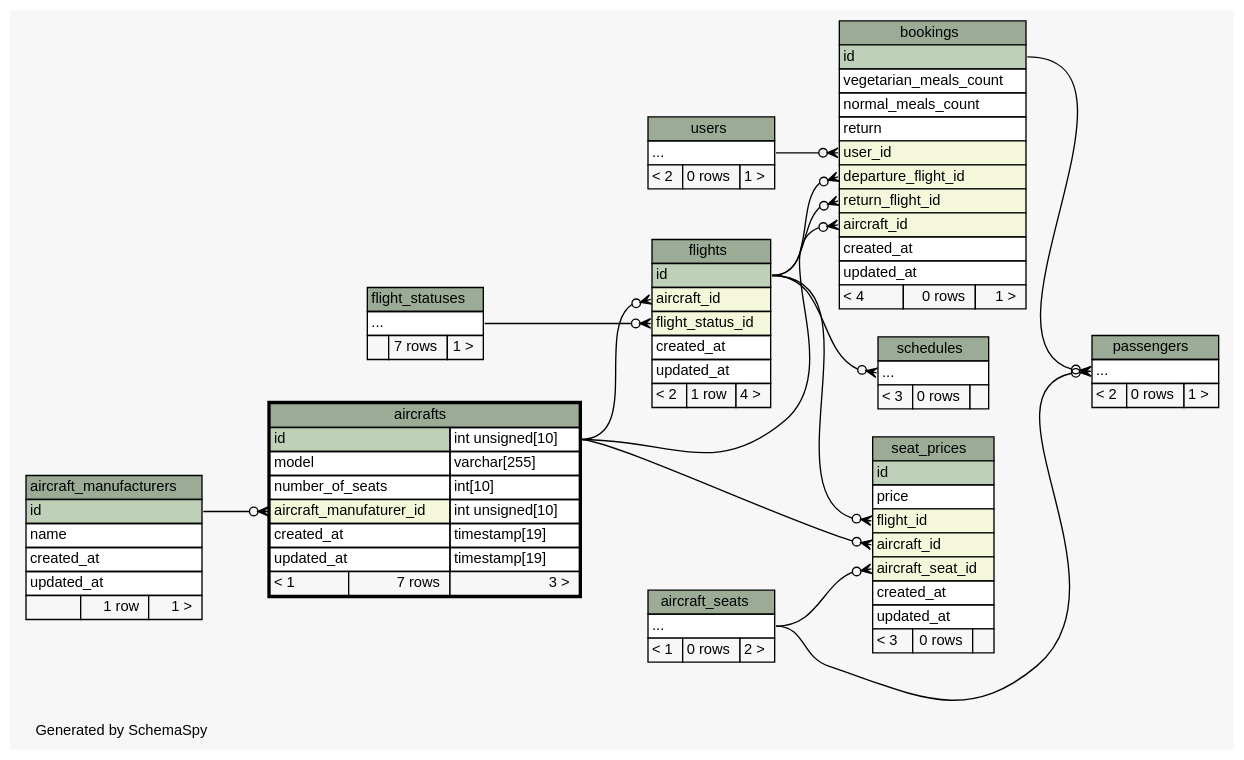
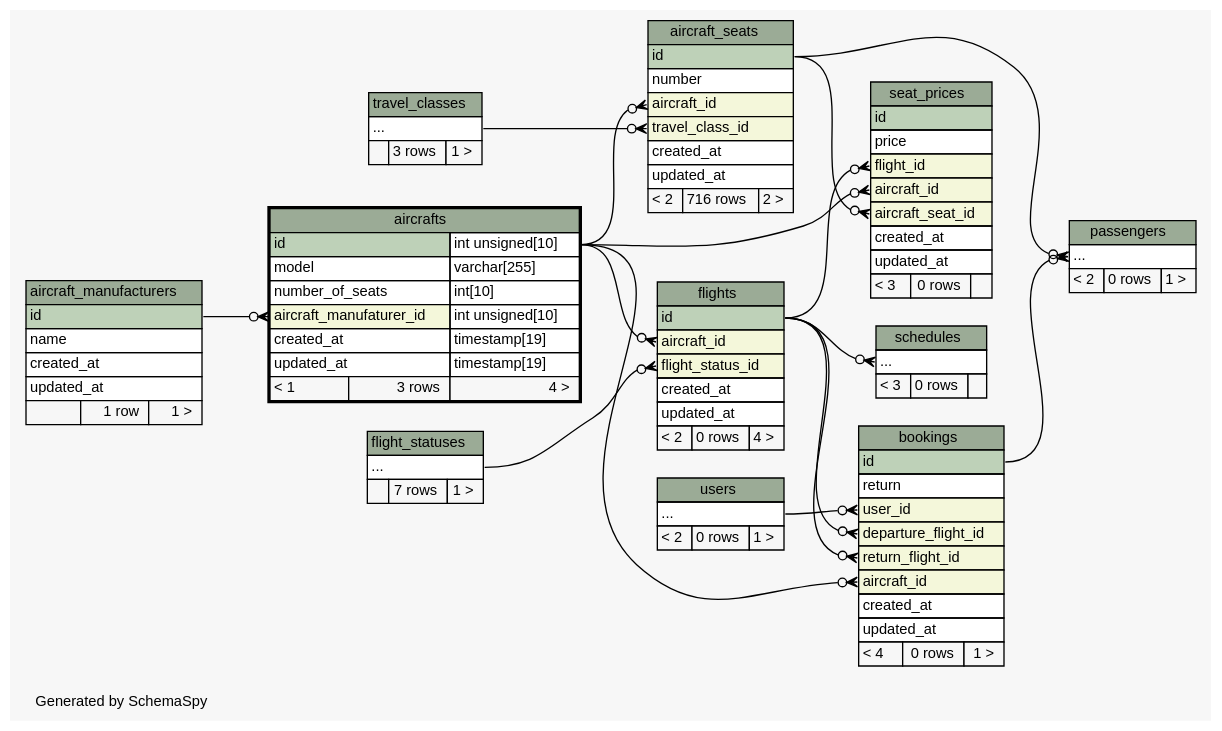
Before and after one commit to joaonzangoII/flightbookingsystem: the diagram in web/app/database/schema/diagrams/aircrafts.2degrees.dot, drawn with Graphviz. The commit also changed 149 other files, not shown here.

```diff
--- a/web/app/database/schema/diagrams/aircrafts.2degrees.dot
+++ b/web/app/database/schema/diagrams/aircrafts.2degrees.dot
@@ -1,162 +1,177 @@
 // dot 2.38.0 on Linux 4.8.0-46-generic
 // SchemaSpy rev 590
 digraph "twoDegreesRelationshipsDiagram" {
   graph [
     rankdir="RL"
     bgcolor="#f7f7f7"
     label="\nGenerated by SchemaSpy"
     labeljust="l"
     nodesep="0.18"
     ranksep="0.46"
     fontname="Helvetica"
     fontsize="11"
   ];
   node [
     fontname="Helvetica"
     fontsize="11"
     shape="plaintext"
   ];
   edge [
     arrowsize="0.8"
   ];
+  "aircraft_seats":"aircraft_id":w -> "aircrafts":"id.type":e [arrowhead=none dir=back arrowtail=crowodot];
+  "aircraft_seats":"travel_class_id":w -> "travel_classes":"elipses":e [arrowhead=none dir=back arrowtail=crowodot];
   "aircrafts":"aircraft_manufaturer_id":w -> "aircraft_manufacturers":"id":e [arrowhead=none dir=back arrowtail=crowodot];
   "bookings":"aircraft_id":w -> "aircrafts":"id.type":e [arrowhead=none dir=back arrowtail=crowodot];
   "bookings":"departure_flight_id":w -> "flights":"id":e [arrowhead=none dir=back arrowtail=crowodot];
   "bookings":"return_flight_id":w -> "flights":"id":e [arrowhead=none dir=back arrowtail=crowodot];
   "bookings":"user_id":w -> "users":"elipses":e [arrowhead=none dir=back arrowtail=crowodot];
   "flights":"aircraft_id":w -> "aircrafts":"id.type":e [arrowhead=none dir=back arrowtail=crowodot];
   "flights":"flight_status_id":w -> "flight_statuses":"elipses":e [arrowhead=none dir=back arrowtail=crowodot];
-  "passengers":"elipses":w -> "aircraft_seats":"elipses":e [arrowhead=none dir=back arrowtail=crowodot];
+  "passengers":"elipses":w -> "aircraft_seats":"id":e [arrowhead=none dir=back arrowtail=crowodot];
   "passengers":"elipses":w -> "bookings":"id":e [arrowhead=none dir=back arrowtail=crowodot];
   "schedules":"elipses":w -> "flights":"id":e [arrowhead=none dir=back arrowtail=crowodot];
   "seat_prices":"aircraft_id":w -> "aircrafts":"id.type":e [arrowhead=none dir=back arrowtail=crowodot];
-  "seat_prices":"aircraft_seat_id":w -> "aircraft_seats":"elipses":e [arrowhead=none dir=back arrowtail=crowodot];
+  "seat_prices":"aircraft_seat_id":w -> "aircraft_seats":"id":e [arrowhead=none dir=back arrowtail=crowodot];
   "seat_prices":"flight_id":w -> "flights":"id":e [arrowhead=none dir=back arrowtail=crowodot];
   "aircraft_manufacturers" [
     label=<
     <TABLE BORDER="0" CELLBORDER="1" CELLSPACING="0" BGCOLOR="#ffffff">
       <TR><TD COLSPAN="3" BGCOLOR="#9bab96" ALIGN="CENTER">aircraft_manufacturers</TD></TR>
       <TR><TD PORT="id" COLSPAN="3" BGCOLOR="#bed1b8" ALIGN="LEFT">id</TD></TR>
       <TR><TD PORT="name" COLSPAN="3" ALIGN="LEFT">name</TD></TR>
       <TR><TD PORT="created_at" COLSPAN="3" ALIGN="LEFT">created_at</TD></TR>
       <TR><TD PORT="updated_at" COLSPAN="3" ALIGN="LEFT">updated_at</TD></TR>
       <TR><TD ALIGN="LEFT" BGCOLOR="#f7f7f7">  </TD><TD ALIGN="RIGHT" BGCOLOR="#f7f7f7">1 row</TD><TD ALIGN="RIGHT" BGCOLOR="#f7f7f7">1 &gt;</TD></TR>
     </TABLE>>
     URL="aircraft_manufacturers.html"
     tooltip="aircraft_manufacturers"
   ];
   "aircraft_seats" [
     label=<
     <TABLE BORDER="0" CELLBORDER="1" CELLSPACING="0" BGCOLOR="#ffffff">
       <TR><TD COLSPAN="3" BGCOLOR="#9bab96" ALIGN="CENTER">aircraft_seats</TD></TR>
-      <TR><TD PORT="elipses" COLSPAN="3" ALIGN="LEFT">...</TD></TR>
-      <TR><TD ALIGN="LEFT" BGCOLOR="#f7f7f7">&lt; 1</TD><TD ALIGN="RIGHT" BGCOLOR="#f7f7f7">0 rows</TD><TD ALIGN="RIGHT" BGCOLOR="#f7f7f7">2 &gt;</TD></TR>
+      <TR><TD PORT="id" COLSPAN="3" BGCOLOR="#bed1b8" ALIGN="LEFT">id</TD></TR>
+      <TR><TD PORT="number" COLSPAN="3" ALIGN="LEFT">number</TD></TR>
+      <TR><TD PORT="aircraft_id" COLSPAN="3" BGCOLOR="#f4f7da" ALIGN="LEFT">aircraft_id</TD></TR>
+      <TR><TD PORT="travel_class_id" COLSPAN="3" BGCOLOR="#f4f7da" ALIGN="LEFT">travel_class_id</TD></TR>
+      <TR><TD PORT="created_at" COLSPAN="3" ALIGN="LEFT">created_at</TD></TR>
+      <TR><TD PORT="updated_at" COLSPAN="3" ALIGN="LEFT">updated_at</TD></TR>
+      <TR><TD ALIGN="LEFT" BGCOLOR="#f7f7f7">&lt; 2</TD><TD ALIGN="RIGHT" BGCOLOR="#f7f7f7">716 rows</TD><TD ALIGN="RIGHT" BGCOLOR="#f7f7f7">2 &gt;</TD></TR>
     </TABLE>>
     URL="aircraft_seats.html"
     tooltip="aircraft_seats"
   ];
   "aircrafts" [
     label=<
     <TABLE BORDER="2" CELLBORDER="1" CELLSPACING="0" BGCOLOR="#ffffff">
       <TR><TD COLSPAN="3" BGCOLOR="#9bab96" ALIGN="CENTER">aircrafts</TD></TR>
       <TR><TD PORT="id" COLSPAN="2" BGCOLOR="#bed1b8" ALIGN="LEFT">id</TD><TD PORT="id.type" ALIGN="LEFT">int unsigned[10]</TD></TR>
       <TR><TD PORT="model" COLSPAN="2" ALIGN="LEFT">model</TD><TD PORT="model.type" ALIGN="LEFT">varchar[255]</TD></TR>
       <TR><TD PORT="number_of_seats" COLSPAN="2" ALIGN="LEFT">number_of_seats</TD><TD PORT="number_of_seats.type" ALIGN="LEFT">int[10]</TD></TR>
       <TR><TD PORT="aircraft_manufaturer_id" COLSPAN="2" BGCOLOR="#f4f7da" ALIGN="LEFT">aircraft_manufaturer_id</TD><TD PORT="aircraft_manufaturer_id.type" ALIGN="LEFT">int unsigned[10]</TD></TR>
       <TR><TD PORT="created_at" COLSPAN="2" ALIGN="LEFT">created_at</TD><TD PORT="created_at.type" ALIGN="LEFT">timestamp[19]</TD></TR>
       <TR><TD PORT="updated_at" COLSPAN="2" ALIGN="LEFT">updated_at</TD><TD PORT="updated_at.type" ALIGN="LEFT">timestamp[19]</TD></TR>
-      <TR><TD ALIGN="LEFT" BGCOLOR="#f7f7f7">&lt; 1</TD><TD ALIGN="RIGHT" BGCOLOR="#f7f7f7">7 rows</TD><TD ALIGN="RIGHT" BGCOLOR="#f7f7f7">3 &gt;</TD></TR>
+      <TR><TD ALIGN="LEFT" BGCOLOR="#f7f7f7">&lt; 1</TD><TD ALIGN="RIGHT" BGCOLOR="#f7f7f7">3 rows</TD><TD ALIGN="RIGHT" BGCOLOR="#f7f7f7">4 &gt;</TD></TR>
     </TABLE>>
     URL="aircrafts.html"
     tooltip="aircrafts"
   ];
   "bookings" [
     label=<
     <TABLE BORDER="0" CELLBORDER="1" CELLSPACING="0" BGCOLOR="#ffffff">
       <TR><TD COLSPAN="3" BGCOLOR="#9bab96" ALIGN="CENTER">bookings</TD></TR>
       <TR><TD PORT="id" COLSPAN="3" BGCOLOR="#bed1b8" ALIGN="LEFT">id</TD></TR>
-      <TR><TD PORT="vegetarian_meals_count" COLSPAN="3" ALIGN="LEFT">vegetarian_meals_count</TD></TR>
-      <TR><TD PORT="normal_meals_count" COLSPAN="3" ALIGN="LEFT">normal_meals_count</TD></TR>
       <TR><TD PORT="return" COLSPAN="3" ALIGN="LEFT">return</TD></TR>
       <TR><TD PORT="user_id" COLSPAN="3" BGCOLOR="#f4f7da" ALIGN="LEFT">user_id</TD></TR>
       <TR><TD PORT="departure_flight_id" COLSPAN="3" BGCOLOR="#f4f7da" ALIGN="LEFT">departure_flight_id</TD></TR>
       <TR><TD PORT="return_flight_id" COLSPAN="3" BGCOLOR="#f4f7da" ALIGN="LEFT">return_flight_id</TD></TR>
       <TR><TD PORT="aircraft_id" COLSPAN="3" BGCOLOR="#f4f7da" ALIGN="LEFT">aircraft_id</TD></TR>
       <TR><TD PORT="created_at" COLSPAN="3" ALIGN="LEFT">created_at</TD></TR>
       <TR><TD PORT="updated_at" COLSPAN="3" ALIGN="LEFT">updated_at</TD></TR>
       <TR><TD ALIGN="LEFT" BGCOLOR="#f7f7f7">&lt; 4</TD><TD ALIGN="RIGHT" BGCOLOR="#f7f7f7">0 rows</TD><TD ALIGN="RIGHT" BGCOLOR="#f7f7f7">1 &gt;</TD></TR>
     </TABLE>>
     URL="bookings.html"
     tooltip="bookings"
   ];
   "flight_statuses" [
     label=<
     <TABLE BORDER="0" CELLBORDER="1" CELLSPACING="0" BGCOLOR="#ffffff">
       <TR><TD COLSPAN="3" BGCOLOR="#9bab96" ALIGN="CENTER">flight_statuses</TD></TR>
       <TR><TD PORT="elipses" COLSPAN="3" ALIGN="LEFT">...</TD></TR>
       <TR><TD ALIGN="LEFT" BGCOLOR="#f7f7f7">  </TD><TD ALIGN="RIGHT" BGCOLOR="#f7f7f7">7 rows</TD><TD ALIGN="RIGHT" BGCOLOR="#f7f7f7">1 &gt;</TD></TR>
     </TABLE>>
     URL="flight_statuses.html"
     tooltip="flight_statuses"
   ];
   "flights" [
     label=<
     <TABLE BORDER="0" CELLBORDER="1" CELLSPACING="0" BGCOLOR="#ffffff">
       <TR><TD COLSPAN="3" BGCOLOR="#9bab96" ALIGN="CENTER">flights</TD></TR>
       <TR><TD PORT="id" COLSPAN="3" BGCOLOR="#bed1b8" ALIGN="LEFT">id</TD></TR>
       <TR><TD PORT="aircraft_id" COLSPAN="3" BGCOLOR="#f4f7da" ALIGN="LEFT">aircraft_id</TD></TR>
       <TR><TD PORT="flight_status_id" COLSPAN="3" BGCOLOR="#f4f7da" ALIGN="LEFT">flight_status_id</TD></TR>
       <TR><TD PORT="created_at" COLSPAN="3" ALIGN="LEFT">created_at</TD></TR>
       <TR><TD PORT="updated_at" COLSPAN="3" ALIGN="LEFT">updated_at</TD></TR>
-      <TR><TD ALIGN="LEFT" BGCOLOR="#f7f7f7">&lt; 2</TD><TD ALIGN="RIGHT" BGCOLOR="#f7f7f7">1 row</TD><TD ALIGN="RIGHT" BGCOLOR="#f7f7f7">4 &gt;</TD></TR>
+      <TR><TD ALIGN="LEFT" BGCOLOR="#f7f7f7">&lt; 2</TD><TD ALIGN="RIGHT" BGCOLOR="#f7f7f7">0 rows</TD><TD ALIGN="RIGHT" BGCOLOR="#f7f7f7">4 &gt;</TD></TR>
     </TABLE>>
     URL="flights.html"
     tooltip="flights"
   ];
   "passengers" [
     label=<
     <TABLE BORDER="0" CELLBORDER="1" CELLSPACING="0" BGCOLOR="#ffffff">
       <TR><TD COLSPAN="3" BGCOLOR="#9bab96" ALIGN="CENTER">passengers</TD></TR>
       <TR><TD PORT="elipses" COLSPAN="3" ALIGN="LEFT">...</TD></TR>
       <TR><TD ALIGN="LEFT" BGCOLOR="#f7f7f7">&lt; 2</TD><TD ALIGN="RIGHT" BGCOLOR="#f7f7f7">0 rows</TD><TD ALIGN="RIGHT" BGCOLOR="#f7f7f7">1 &gt;</TD></TR>
     </TABLE>>
     URL="passengers.html"
     tooltip="passengers"
   ];
   "schedules" [
     label=<
     <TABLE BORDER="0" CELLBORDER="1" CELLSPACING="0" BGCOLOR="#ffffff">
       <TR><TD COLSPAN="3" BGCOLOR="#9bab96" ALIGN="CENTER">schedules</TD></TR>
       <TR><TD PORT="elipses" COLSPAN="3" ALIGN="LEFT">...</TD></TR>
       <TR><TD ALIGN="LEFT" BGCOLOR="#f7f7f7">&lt; 3</TD><TD ALIGN="RIGHT" BGCOLOR="#f7f7f7">0 rows</TD><TD ALIGN="RIGHT" BGCOLOR="#f7f7f7">  </TD></TR>
     </TABLE>>
     URL="schedules.html"
     tooltip="schedules"
   ];
   "seat_prices" [
     label=<
     <TABLE BORDER="0" CELLBORDER="1" CELLSPACING="0" BGCOLOR="#ffffff">
       <TR><TD COLSPAN="3" BGCOLOR="#9bab96" ALIGN="CENTER">seat_prices</TD></TR>
       <TR><TD PORT="id" COLSPAN="3" BGCOLOR="#bed1b8" ALIGN="LEFT">id</TD></TR>
       <TR><TD PORT="price" COLSPAN="3" ALIGN="LEFT">price</TD></TR>
       <TR><TD PORT="flight_id" COLSPAN="3" BGCOLOR="#f4f7da" ALIGN="LEFT">flight_id</TD></TR>
       <TR><TD PORT="aircraft_id" COLSPAN="3" BGCOLOR="#f4f7da" ALIGN="LEFT">aircraft_id</TD></TR>
       <TR><TD PORT="aircraft_seat_id" COLSPAN="3" BGCOLOR="#f4f7da" ALIGN="LEFT">aircraft_seat_id</TD></TR>
       <TR><TD PORT="created_at" COLSPAN="3" ALIGN="LEFT">created_at</TD></TR>
       <TR><TD PORT="updated_at" COLSPAN="3" ALIGN="LEFT">updated_at</TD></TR>
       <TR><TD ALIGN="LEFT" BGCOLOR="#f7f7f7">&lt; 3</TD><TD ALIGN="RIGHT" BGCOLOR="#f7f7f7">0 rows</TD><TD ALIGN="RIGHT" BGCOLOR="#f7f7f7">  </TD></TR>
     </TABLE>>
     URL="seat_prices.html"
     tooltip="seat_prices"
   ];
+  "travel_classes" [
+    label=<
+    <TABLE BORDER="0" CELLBORDER="1" CELLSPACING="0" BGCOLOR="#ffffff">
+      <TR><TD COLSPAN="3" BGCOLOR="#9bab96" ALIGN="CENTER">travel_classes</TD></TR>
+      <TR><TD PORT="elipses" COLSPAN="3" ALIGN="LEFT">...</TD></TR>
+      <TR><TD ALIGN="LEFT" BGCOLOR="#f7f7f7">  </TD><TD ALIGN="RIGHT" BGCOLOR="#f7f7f7">3 rows</TD><TD ALIGN="RIGHT" BGCOLOR="#f7f7f7">1 &gt;</TD></TR>
+    </TABLE>>
+    URL="travel_classes.html"
+    tooltip="travel_classes"
+  ];
   "users" [
     label=<
     <TABLE BORDER="0" CELLBORDER="1" CELLSPACING="0" BGCOLOR="#ffffff">
       <TR><TD COLSPAN="3" BGCOLOR="#9bab96" ALIGN="CENTER">users</TD></TR>
       <TR><TD PORT="elipses" COLSPAN="3" ALIGN="LEFT">...</TD></TR>
       <TR><TD ALIGN="LEFT" BGCOLOR="#f7f7f7">&lt; 2</TD><TD ALIGN="RIGHT" BGCOLOR="#f7f7f7">0 rows</TD><TD ALIGN="RIGHT" BGCOLOR="#f7f7f7">1 &gt;</TD></TR>
     </TABLE>>
     URL="users.html"
     tooltip="users"
   ];
 }
```
